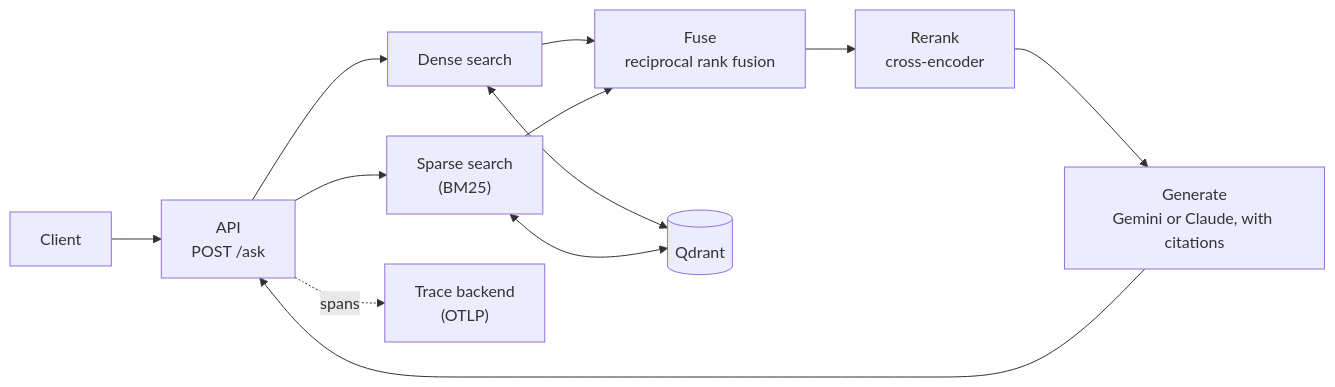
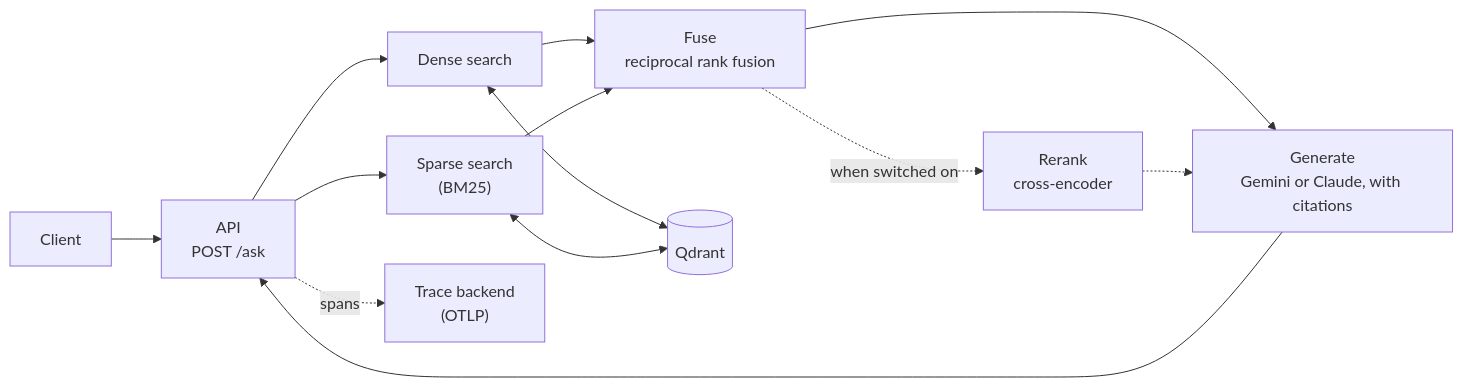
One commit to MumukshuPanchal/handbook-rag changed the second of 3 diagrams in docs/architecture.md. Above: the diagram before and after it, drawn with Mermaid. The commit also changed other lines of this file and 5 other files, not shown here.

````diff
--- a/docs/architecture.md
+++ b/docs/architecture.md
@@ -39,14 +39,15 @@
 ```mermaid
 flowchart LR
     U["Client"] --> API["API<br/>POST /ask"]
     API --> R1["Dense search"]
     API --> R2["Sparse search<br/>(BM25)"]
     R1 --> F["Fuse<br/>reciprocal rank fusion"]
     R2 --> F
-    F --> RR["Rerank<br/>cross-encoder"]
-    RR --> G["Generate<br/>Gemini or Claude, with citations"]
+    F -. "when switched on" .-> RR["Rerank<br/>cross-encoder"]
+    F --> G["Generate<br/>Gemini or Claude, with citations"]
+    RR -.-> G
     G --> API
     R1 <--> Q[("Qdrant")]
     R2 <--> Q
     API -. "spans" .-> T["Trace backend<br/>(OTLP)"]
 ```
````
